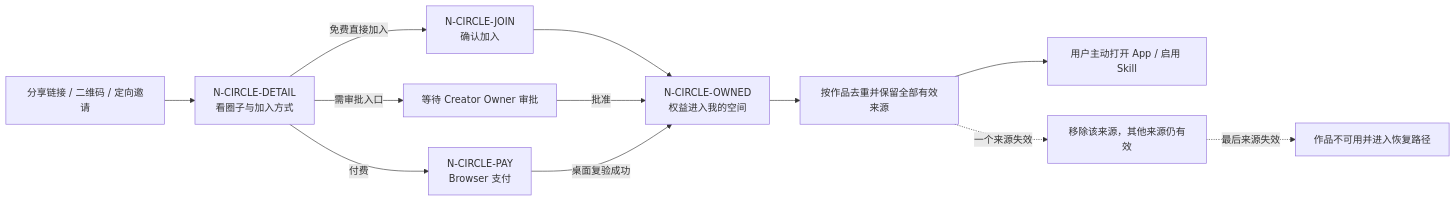
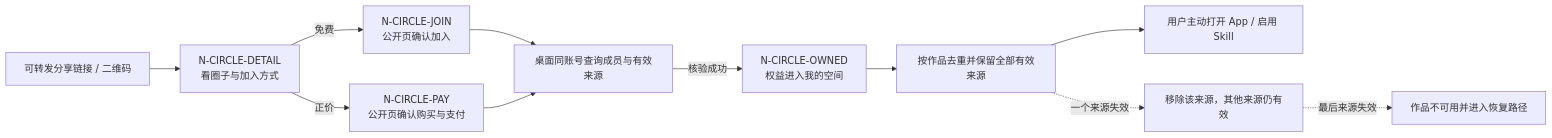
The fourth of 4 diagrams in docs/client-journey-review/spec.md (z-h-ai/polo), drawn with Mermaid before and after one commit. The commit also changed other lines of this file and 122 other files, not shown here.

````diff
--- a/docs/client-journey-review/spec.md
+++ b/docs/client-journey-review/spec.md
@@ -205,14 +216,13 @@
 ```mermaid
 flowchart LR
-  C1["分享链接 / 二维码 / 定向邀请"] --> C2["N-CIRCLE-DETAIL\n看圈子与加入方式"]
-  C2 -->|免费直接加入| C3["N-CIRCLE-JOIN\n确认加入"]
-  C2 -->|需审批入口| C4["等待 Creator Owner 审批"]
-  C2 -->|付费| C5["N-CIRCLE-PAY\nBrowser 支付"]
-  C3 --> C6["N-CIRCLE-OWNED\n权益进入我的空间"]
-  C4 -->|批准| C6
-  C5 -->|桌面复验成功| C6
+  C1["可转发分享链接 / 二维码"] --> C2["N-CIRCLE-DETAIL\n看圈子与加入方式"]
+  C2 -->|免费| C3["N-CIRCLE-JOIN\n公开页确认加入"]
+  C2 -->|正价| C5["N-CIRCLE-PAY\n公开页确认购买与支付"]
+  C3 --> C4["桌面同账号查询成员与有效来源"]
+  C5 --> C4
+  C4 -->|核验成功| C6["N-CIRCLE-OWNED\n权益进入我的空间"]
   C6 --> C7["按作品去重并保留全部有效来源"]
   C7 --> C8["用户主动打开 App / 启用 Skill"]
   C7 -.一个来源失效.-> C9["移除该来源，其他来源仍有效"]
   C9 -.最后来源失效.-> C10["作品不可用并进入恢复路径"]
 ```
````
